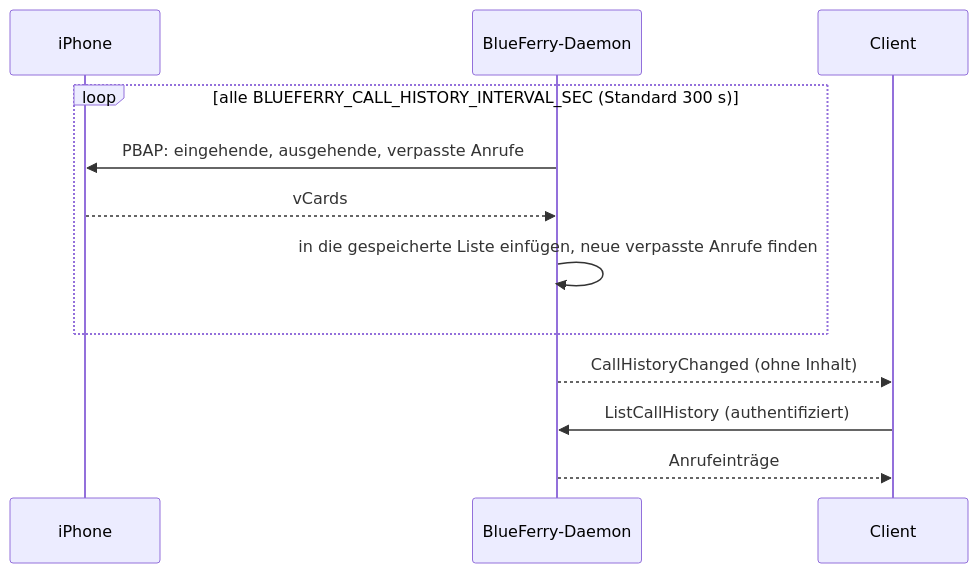
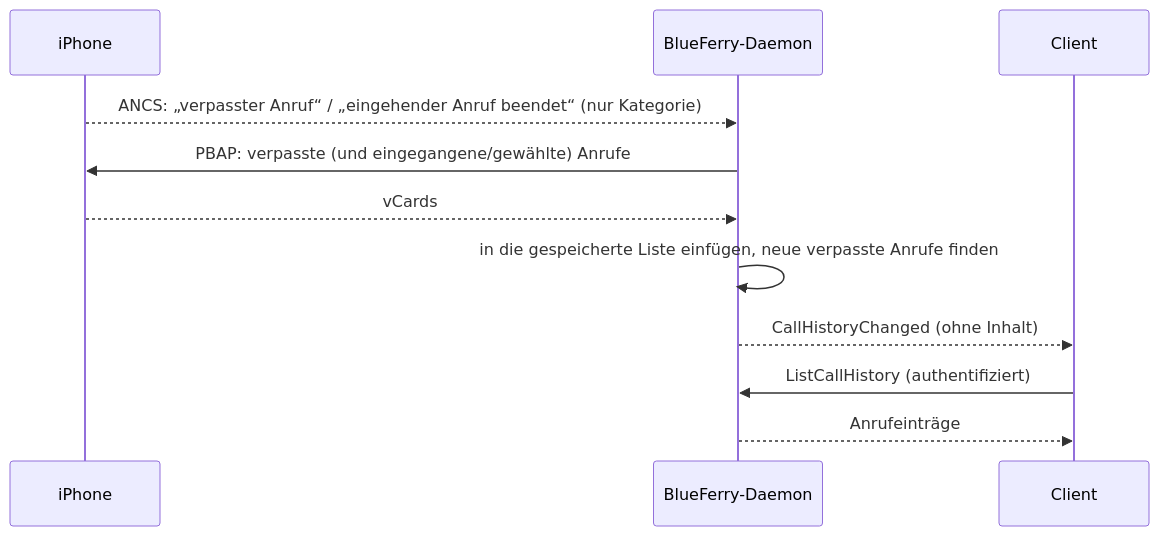
Before and after one commit to erikwb/blueferry: the diagram in docs/de/user/call-history.md, drawn with Mermaid. The commit also changed other lines of this file and 6 other files, not shown here.

First line of the commit message:
Document the call-history opt-in, ANCS triggers and CallHistory1

````diff
--- a/docs/de/user/call-history.md
+++ b/docs/de/user/call-history.md
@@ -14,14 +14,13 @@
 ```mermaid
 sequenceDiagram
     participant P as iPhone
     participant D as BlueFerry-Daemon
     participant C as Client
-    loop alle BLUEFERRY_CALL_HISTORY_INTERVAL_SEC (Standard 300 s)
-        D->>P: PBAP: eingehende, ausgehende, verpasste Anrufe
-        P-->>D: vCards
-        D->>D: in die gespeicherte Liste einfügen, neue verpasste Anrufe finden
-    end
+    P-->>D: ANCS: „verpasster Anruf“ / „eingehender Anruf beendet“ (nur Kategorie)
+    D->>P: PBAP: verpasste (und eingegangene/gewählte) Anrufe
+    P-->>D: vCards
+    D->>D: in die gespeicherte Liste einfügen, neue verpasste Anrufe finden
     D-->>C: CallHistoryChanged (ohne Inhalt)
     C->>D: ListCallHistory (authentifiziert)
     D-->>C: Anrufeinträge
 ```
````
